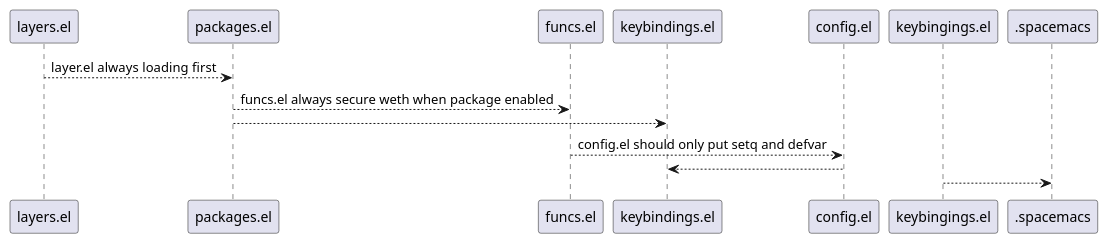
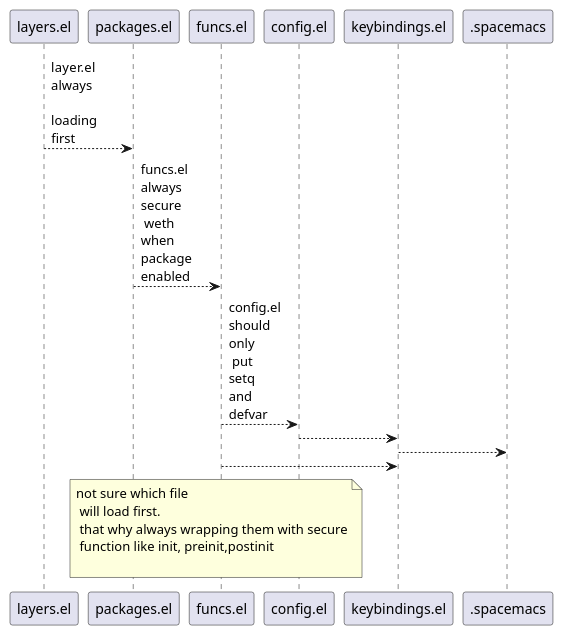
Before and after one commit to nhannht/david: the diagram in README.org, drawn with PlantUML. The commit also changed 3 other files, not shown here.

```diff
--- a/README.org
+++ b/README.org
@@ -1,11 +1,12 @@
 #+begin_src plantuml :file /ssh:gc-sing:/home/larva/.emacs.d/private/david/_assets/img/loading.svg :dir /ssh:gc-sing:/home/larva/.emacs.d/private/david/
     'loading in spacemacs layer
-    layers.el --> packages.el :layer.el always loading first
-  packages.el --> funcs.el : funcs.el always secure weth when package enabled
-packages.el --> keybindings.el : 
-
-funcs.el --> config.el :config.el should only put setq and defvar
-config.el --> keybindings.el
-keybingings.el --> .spacemacs
-
+skinparam maxMessageSize 40
+    layers.el --> packages.el :layer.el always\n loading first
+    packages.el --> funcs.el : funcs.el always secure\n weth when package enabled
+  '  packages.el --> keybindings.el : 
+    funcs.el --> config.el :config.el should only\n put setq and defvar
+    config.el --> keybindings.el
+    keybindings.el --> .spacemacs
+      funcs.el --> keybindings.el
+    note over "packages.el", config.el: not sure which file\n will load first.\n that why always wrapping them with secure\n function like init, preinit,postinit\n
 #+end_src
```
